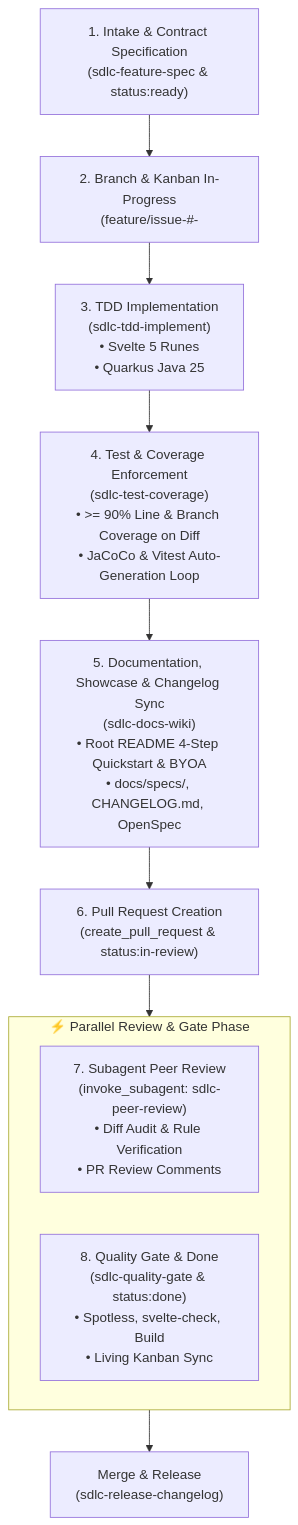
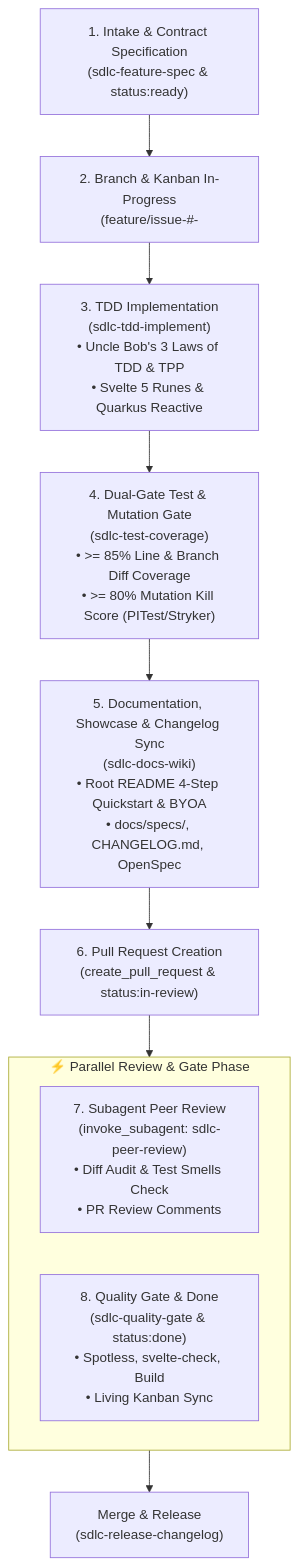
One commit to fmatar/sealit changed the diagram in .agent/skills/sdlc-flow/SKILL.md. Above: the diagram before and after it, drawn with Mermaid. The commit also changed other lines of this file and 26 other files, not shown here.

Commit message:
feat: universal stack discovery engine, Uncle Bob test suite, and 100% traceability architecture

````diff
--- a/.agent/skills/sdlc-flow/SKILL.md
+++ b/.agent/skills/sdlc-flow/SKILL.md
@@ -17,17 +17,17 @@
 ```mermaid
 flowchart TD
     S1["1. Intake & Contract Specification\n(sdlc-feature-spec & status:ready)"] --> S2["2. Branch & Kanban In-Progress\n(feature/issue-#<id>-<title> & status:in-progress)"]
-    S2 --> S3["3. TDD Implementation\n(sdlc-tdd-implement)\n• Svelte 5 Runes\n• Quarkus Java 25"]
-    S3 --> S4["4. Test & Coverage Enforcement\n(sdlc-test-coverage)\n• >= 90% Line & Branch Coverage on Diff\n• JaCoCo & Vitest Auto-Generation Loop"]
+    S2 --> S3["3. TDD Implementation\n(sdlc-tdd-implement)\n• Uncle Bob's 3 Laws of TDD & TPP\n• Svelte 5 Runes & Quarkus Reactive"]
+    S3 --> S4["4. Dual-Gate Test & Mutation Gate\n(sdlc-test-coverage)\n• >= 85% Line & Branch Diff Coverage\n• >= 80% Mutation Kill Score (PITest/Stryker)"]
     S4 --> S5["5. Documentation, Showcase & Changelog Sync\n(sdlc-docs-wiki)\n• Root README 4-Step Quickstart & BYOA\n• docs/specs/, CHANGELOG.md, OpenSpec"]
     S5 --> S6["6. Pull Request Creation\n(create_pull_request & status:in-review)"]
     
     subgraph ParallelReview ["⚡ Parallel Review & Gate Phase"]
         direction LR
-        S7["7. Subagent Peer Review\n(invoke_subagent: sdlc-peer-review)\n• Diff Audit & Rule Verification\n• PR Review Comments"]
+        S7["7. Subagent Peer Review\n(invoke_subagent: sdlc-peer-review)\n• Diff Audit & Test Smells Check\n• PR Review Comments"]
         S8["8. Quality Gate & Done\n(sdlc-quality-gate & status:done)\n• Spotless, svelte-check, Build\n• Living Kanban Sync"]
     end
     
     S6 --> ParallelReview
     ParallelReview --> Done["Merge & Release\n(sdlc-release-changelog)"]
 ```
````
